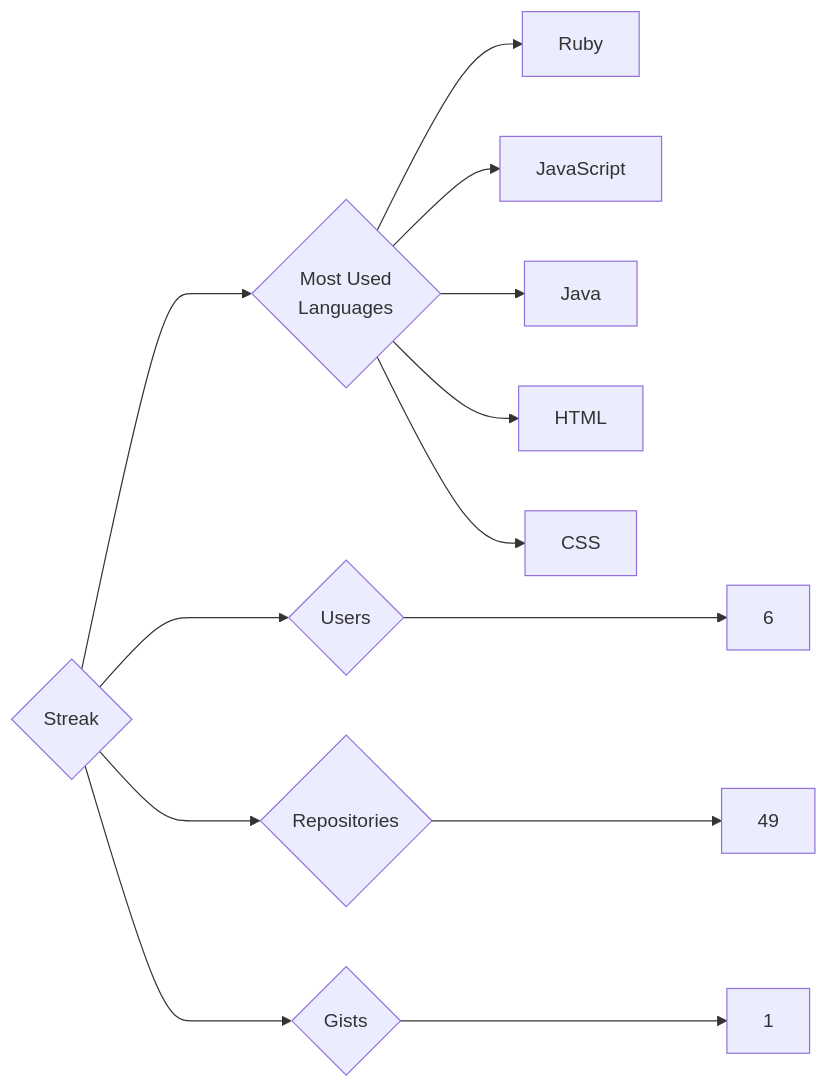
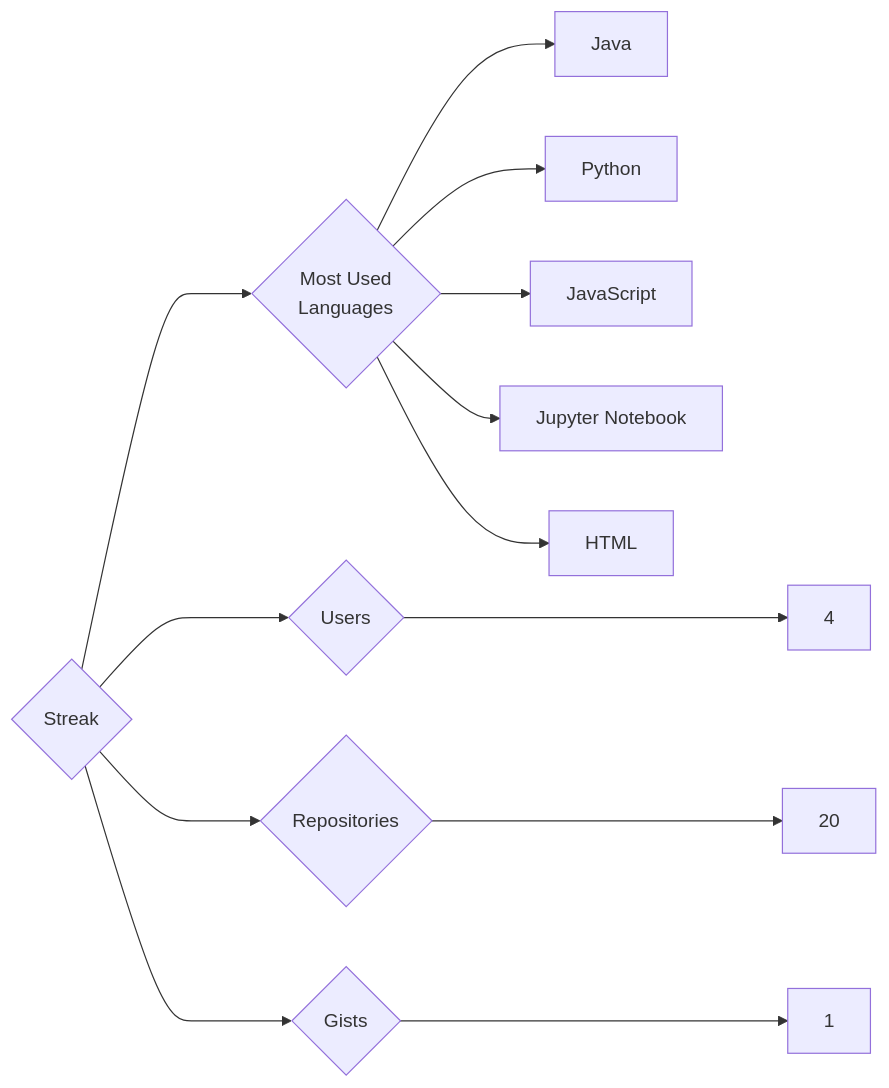
The diagram in targets/Streak/README.md (trickest/insiders), drawn with Mermaid before and after one commit. The commit also changed 799 other files, not shown here.

````diff
--- a/targets/Streak/README.md
+++ b/targets/Streak/README.md
@@ -3,13 +3,13 @@
 ```mermaid
 graph LR
 COMPANY_NAME{Streak}
-COMPANY_NAME ---> U{Users} ---> UN[6]
-COMPANY_NAME ---> R{Repositories} ---> RN[49]
+COMPANY_NAME ---> U{Users} ---> UN[4]
+COMPANY_NAME ---> R{Repositories} ---> RN[20]
 COMPANY_NAME ---> G{Gists} ---> GN[1]
 COMPANY_NAME ---> ML{Most Used<br>Languages}
-ML --> Ruby[Ruby]
+ML --> Java[Java]
+ML --> Python[Python]
 ML --> JavaScript[JavaScript]
-ML --> Java[Java]
+ML --> Jupyter_Notebook[Jupyter Notebook]
 ML --> HTML[HTML]
-ML --> CSS[CSS]
 ```
````
